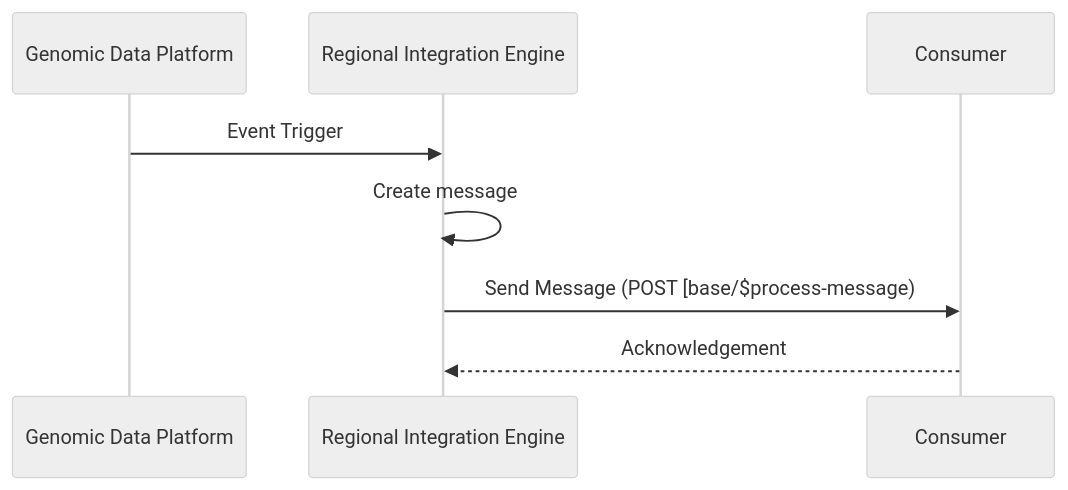
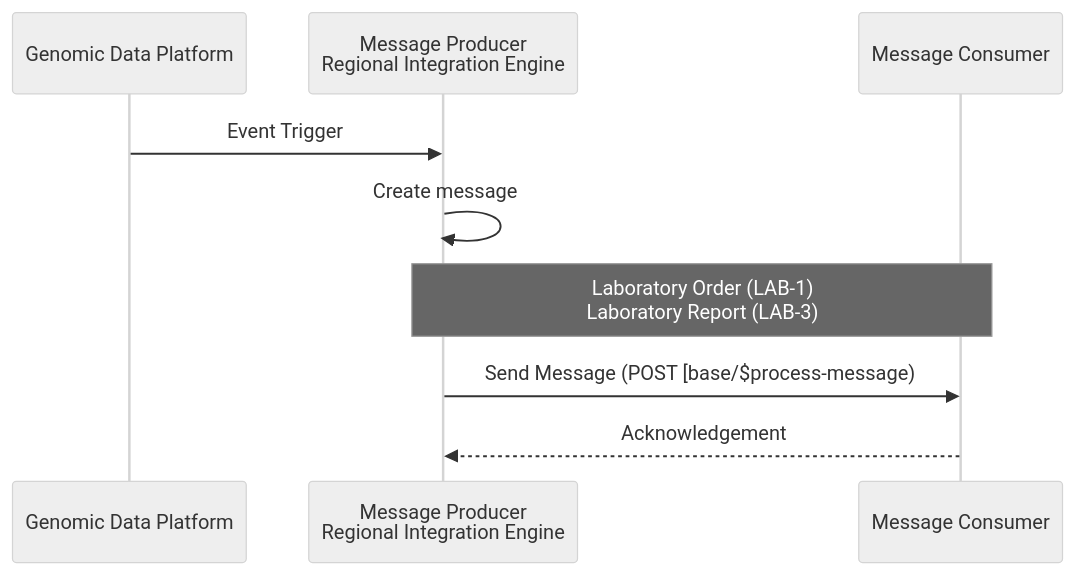
Before and after one commit to nw-gmsa/nw-gmsa.github.com: the second of 4 diagrams in input/pagecontent/MQ.md, drawn with Mermaid (neutral theme). The commit also changed other lines of this file and 2 other files, not shown here.

````diff
--- a/input/pagecontent/MQ.md
+++ b/input/pagecontent/MQ.md
@@ -24,13 +35,14 @@
 ```mermaid
 sequenceDiagram
 
 participant gdp as Genomic Data Platform
-participant RIE as Regional Integration Engine
-participant consumer as Consumer
+participant RIE as Message Producer<br/>Regional Integration Engine
+participant consumer as Message Consumer
 
 
 gdp ->> RIE: Event Trigger
 RIE ->> RIE: Create message
+note over RIE,consumer: Laboratory Order (LAB-1) <br/> Laboratory Report (LAB-3)
 RIE ->> consumer: Send Message (POST [base/$process-message)
 consumer -->> RIE: Acknowledgement
 ```
````
